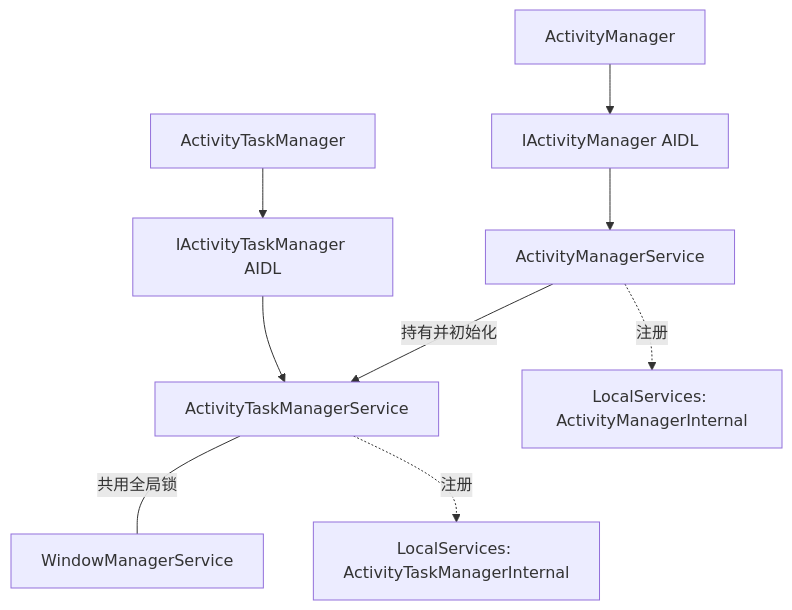
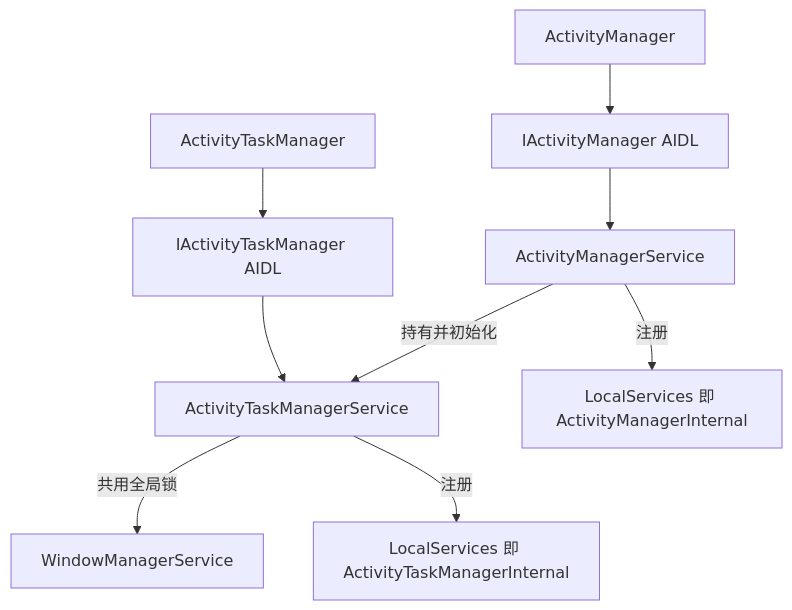
Before and after one commit to coswit/coswit.github.io: the second of 4 diagrams in Android/深入理解Android卷II/08-深入理解ActivityManagerService源码版.md, drawn with Mermaid. The commit also changed other lines of this file and 1 other file, not shown here.

````diff
--- a/Android/深入理解Android卷II/08-深入理解ActivityManagerService源码版.md
+++ b/Android/深入理解Android卷II/08-深入理解ActivityManagerService源码版.md
@@ -41,11 +45,11 @@
 ```mermaid
 graph TD
     AM[ActivityManager] --> IAM[IActivityManager AIDL]
     ATM[ActivityTaskManager] --> IATM[IActivityTaskManager AIDL]
     IAM --> AMS[ActivityManagerService]
     IATM --> ATMS[ActivityTaskManagerService]
-    AMS -- 持有并初始化 --> ATMS
-    ATMS ---|共用全局锁| WMS[WindowManagerService]
-    AMS -.注册.-> LS[LocalServices: ActivityManagerInternal]
-    ATMS -.注册.-> LS2[LocalServices: ActivityTaskManagerInternal]
+    AMS -->|持有并初始化| ATMS
+    ATMS -->|共用全局锁| WMS[WindowManagerService]
+    AMS -->|注册| LS["LocalServices 即 ActivityManagerInternal"]
+    ATMS -->|注册| LS2["LocalServices 即 ActivityTaskManagerInternal"]
 ```
````
